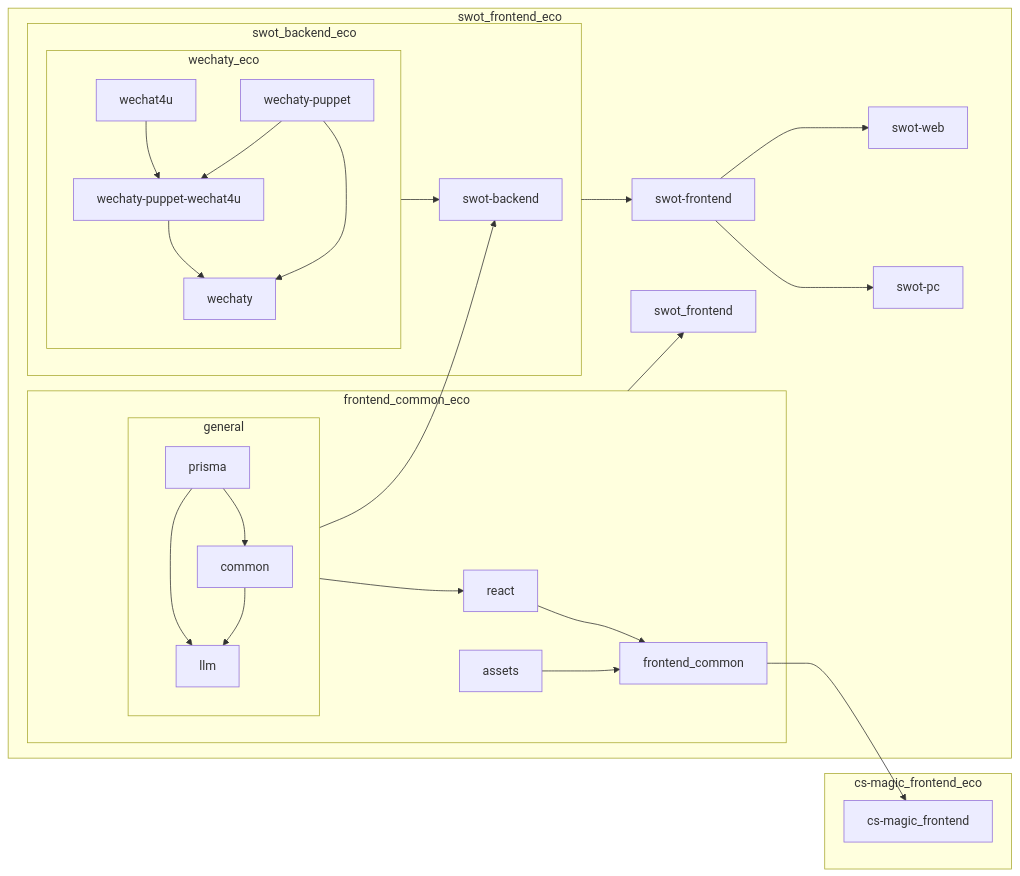
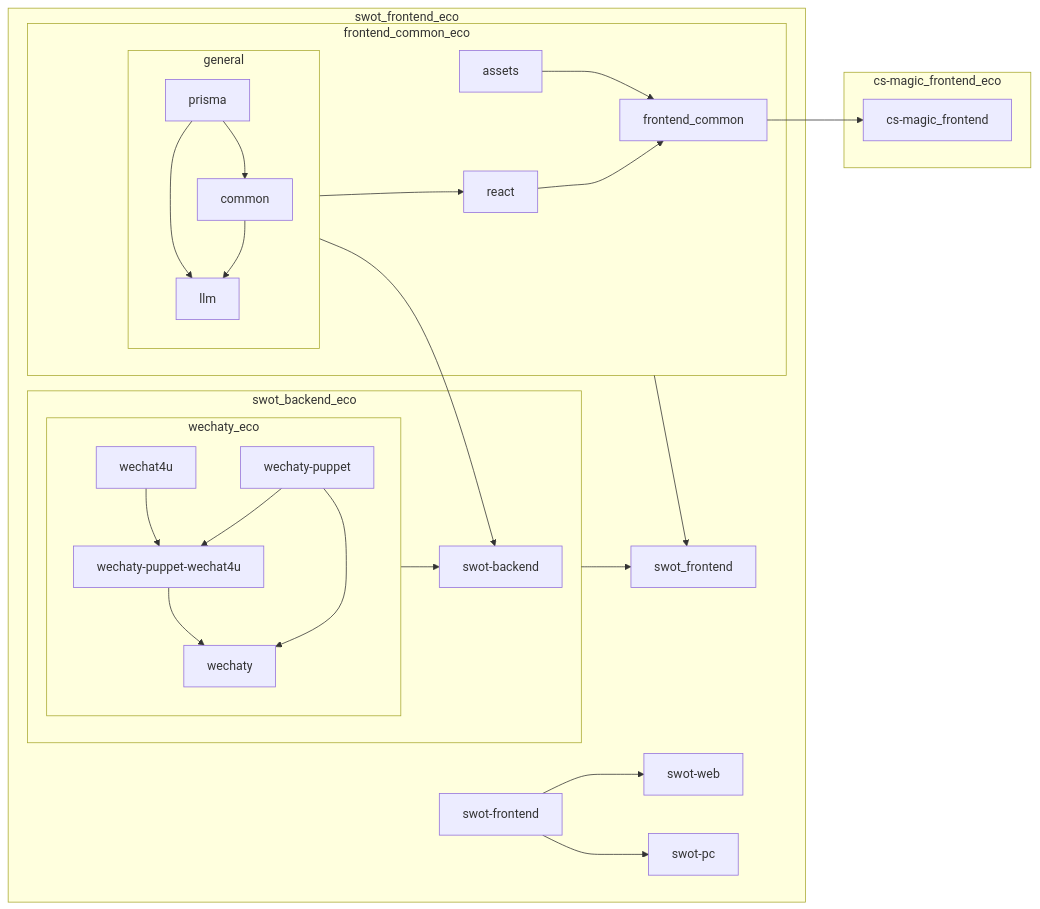
The diagram in README.md (cs-magic/codebase-ts), drawn with Mermaid before and after one commit. The commit also changed 1 other file, not shown here.

````diff
--- a/README.md
+++ b/README.md
@@ -9,34 +9,34 @@
 ```mermaid
 graph LR;
     subgraph general
         prisma --> common & llm;
         common --> llm;
     end
     
     subgraph wechaty_eco
         wechat4u --> wechaty-puppet-wechat4u;
         wechaty-puppet --> wechaty-puppet-wechat4u & wechaty;
         wechaty-puppet-wechat4u --> wechaty;
     end
     
     subgraph frontend_common_eco
         general --> react;
         react --> frontend_common;
         assets --> frontend_common;
     end
     
     subgraph cs-magic_frontend_eco
         frontend_common --> cs-magic_frontend;
     end
     
     subgraph swot_backend_eco
         general --> swot-backend;
         wechaty_eco --> swot-backend;
     end
     
     subgraph swot_frontend_eco
         frontend_common_eco --> swot_frontend;
-        swot_backend_eco --> swot-frontend;
+        swot_backend_eco --> swot_frontend;
         swot-frontend --> swot-web & swot-pc;
     end
 ```
````
